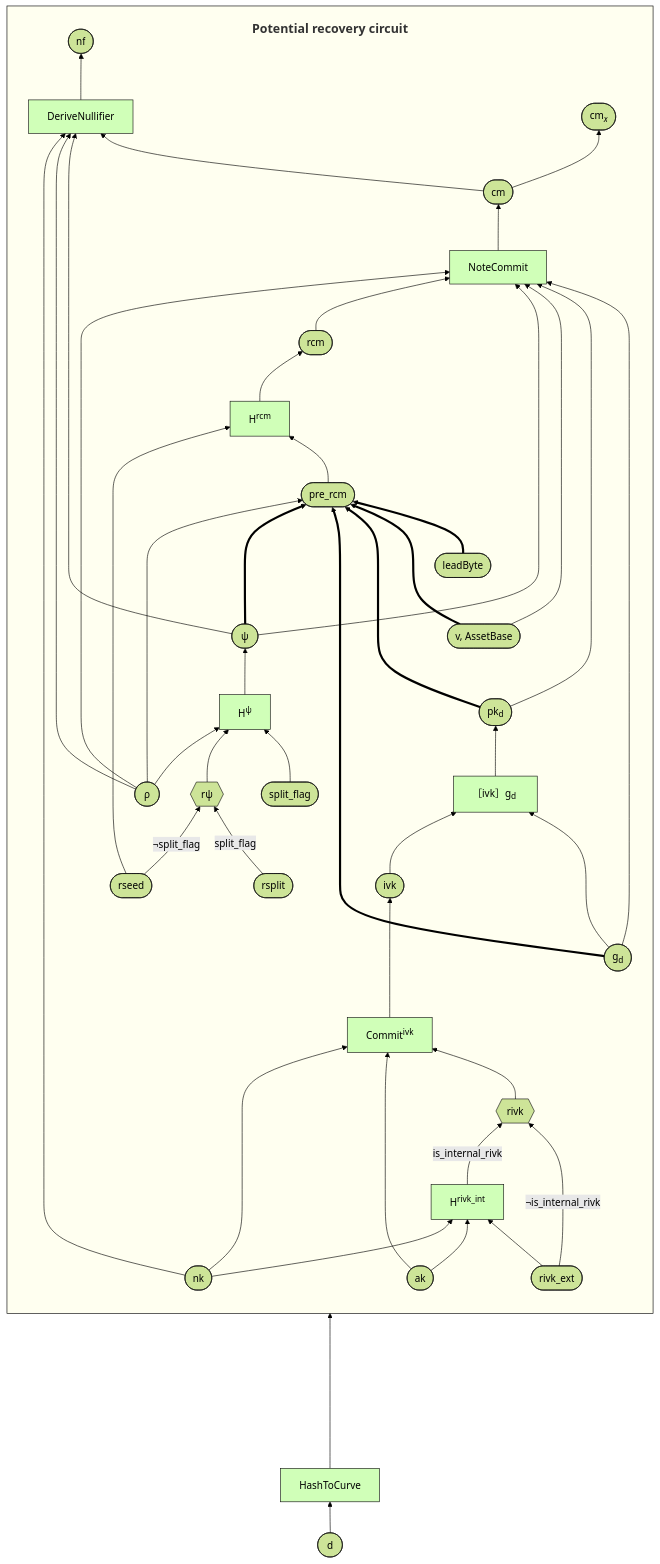
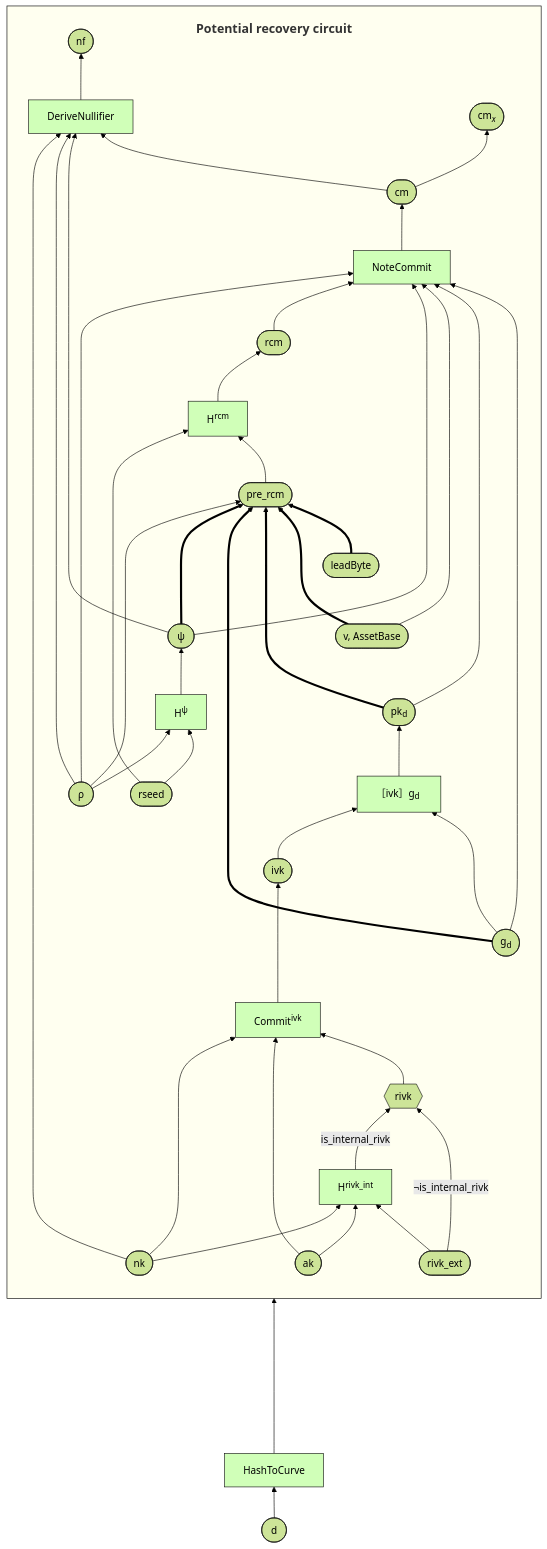
One commit to zcash/zips changed the second of 4 diagrams in zips/zip-2005.md. Above: the diagram before and after it, drawn with Mermaid (forest theme). The commit also changed other lines of this file, not shown here.

````diff
--- a/zips/zip-2005.md
+++ b/zips/zip-2005.md
@@ -223,59 +223,55 @@
 ```mermaid
 graph BT
   classDef default stroke:#111111;
   classDef func fill:#d0ffb8;
   classDef cefunc fill:#a0e0a0;
   classDef sensitive fill:#ffb0b0;
   classDef semi_sensitive fill:#ffb0ff;
   classDef circuit stroke:#000000, fill:#fffff0;
   classDef spacer opacity:0;
 
   PostQC:::circuit
   subgraph PostQC[<div style="margin:1.1em;font-size:20px"><b>Potential recovery circuit</b></div>]
     direction BT
     rivk_ext([rivk_ext]) --> Hrivk_int[H<sup>rivk_int</sup>]:::func
     ak([ak]) --> Hrivk_int[H<sup>rivk_int</sup>]:::func
     nk --> Hrivk_int
     rivk_ext -->|¬is_internal_rivk| rivk
     Hrivk_int -->|is_internal_rivk| rivk{{rivk}}
     rivk --> Commitivk[Commit<sup>ivk</sup>]:::func
     ak([ak]) ----> Commitivk
     nk([nk]) ----> Commitivk
     Commitivk ---> ivk([ivk])
     gd ---> ivkmul[［ivk］g<sub>d</sub>&nbsp;]:::func
     ivk --> ivkmul
-    split_flag([split_flag]) --> Hpsi
-    rsplit([rsplit]) -->|split_flag| rpsi{{rψ}}
-    rsplit ~~~ split_flag
-    rseed -->|¬split_flag| rpsi
-    rpsi --> Hpsi[H<sup>ψ</sup>]:::func
+    rseed --> Hpsi[H<sup>ψ</sup>]:::func
     rho --> Hpsi
     leadByte([leadByte]) ==> pre_rcm
     v([v, AssetBase]) ===> pre_rcm([pre_rcm])
     pkd ====> pre_rcm
     gd ==> pre_rcm
     psi ===> pre_rcm
     rho([#8239;ρ#8239;]) --> pre_rcm
     v ~~~~ rcm
     ivkmul --> pkd([pk<sub>d</sub>])
     pre_rcm --> Hrcm[H<sup>rcm</sup>]:::func
     rseed([rseed]) --> Hrcm
     Hrcm --> rcm([rcm])
     Hpsi --> psi([#8239;ψ#8239;])
     gd --> NoteCommit:::func
     pkd --> NoteCommit
     v --> NoteCommit
     psi --> NoteCommit
     rcm --> NoteCommit
     rho --> NoteCommit
     cm --> DeriveNullifier:::func
     psi --> DeriveNullifier
     rho --> DeriveNullifier
     nk --> DeriveNullifier
     NoteCommit --> cm([cm])
     DeriveNullifier --> nf([nf])
     cm --> cmx([cm<sub><i>x</i></sub>])
   end
 
   d([#8239;d#8239;]) --> HashToCurve:::func ------> gd([g<sub>d</sub>])
 ```
````
